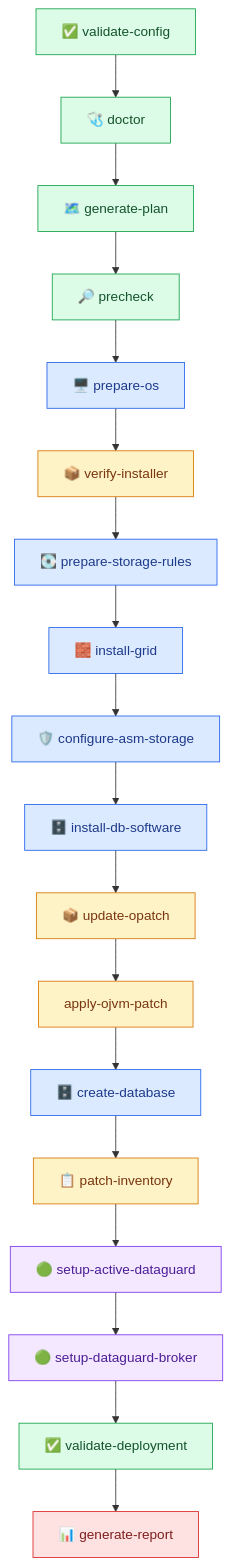
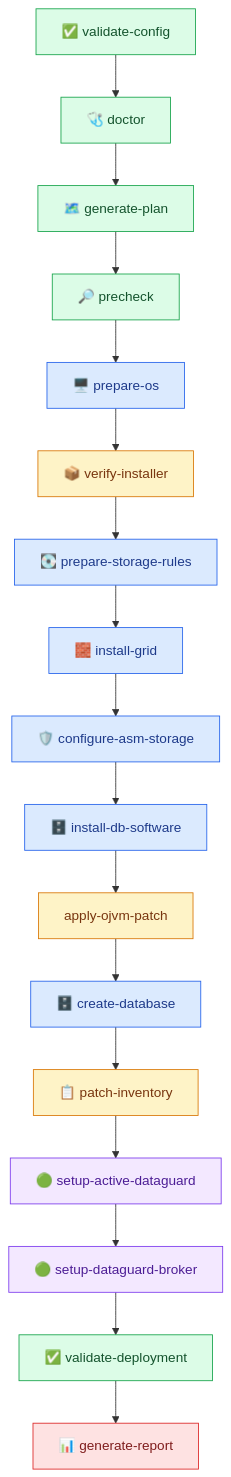
One commit to bozpain/oracle-install-replication-framework changed the fourth of 4 diagrams in docs/deployment_guide.md. Above: the diagram before and after it, drawn with Mermaid. The commit also changed other lines of this file and 20 other files, not shown here.

````diff
--- a/docs/deployment_guide.md
+++ b/docs/deployment_guide.md
@@ -577,34 +580,33 @@
 ```mermaid
 flowchart TB
     validate["✅ validate-config"]
     doctor["🩺 doctor"]
     plan["🗺️ generate-plan"]
     precheck["🔎 precheck"]
     os["🖥️ prepare-os"]
     installer["📦 verify-installer"]
     storageRules["💽 prepare-storage-rules"]
     grid["🧱 install-grid"]
     asm["🛡️ configure-asm-storage"]
     dbsw["🗄️ install-db-software"]
-    opatch["📦 update-opatch"]
     ojvm["apply-ojvm-patch"]
     inventory["📋 patch-inventory"]
     createDb["🗄️ create-database"]
     dg["🟢 setup-active-dataguard"]
     broker["🟢 setup-dataguard-broker"]
     validateDeploy["✅ validate-deployment"]
     report["📊 generate-report"]
 
-    validate --> doctor --> plan --> precheck --> os --> installer --> storageRules --> grid --> asm --> dbsw --> opatch --> ojvm --> createDb --> inventory --> dg --> broker --> validateDeploy --> report
+    validate --> doctor --> plan --> precheck --> os --> installer --> storageRules --> grid --> asm --> dbsw --> ojvm --> createDb --> inventory --> dg --> broker --> validateDeploy --> report
 
     classDef green fill:#DCFCE7,stroke:#16A34A,color:#14532D
     classDef blue fill:#DBEAFE,stroke:#2563EB,color:#1E3A8A
     classDef amber fill:#FEF3C7,stroke:#D97706,color:#78350F
     classDef red fill:#FEE2E2,stroke:#DC2626,color:#7F1D1D
     classDef purple fill:#F3E8FF,stroke:#7C3AED,color:#4C1D95
     class validate,doctor,plan,precheck,validateDeploy green
     class os,storageRules,grid,asm,dbsw,createDb blue
-    class installer,opatch,ojvm,inventory amber
+    class installer,ojvm,inventory amber
     class dg,broker purple
     class report red
 ```
````
